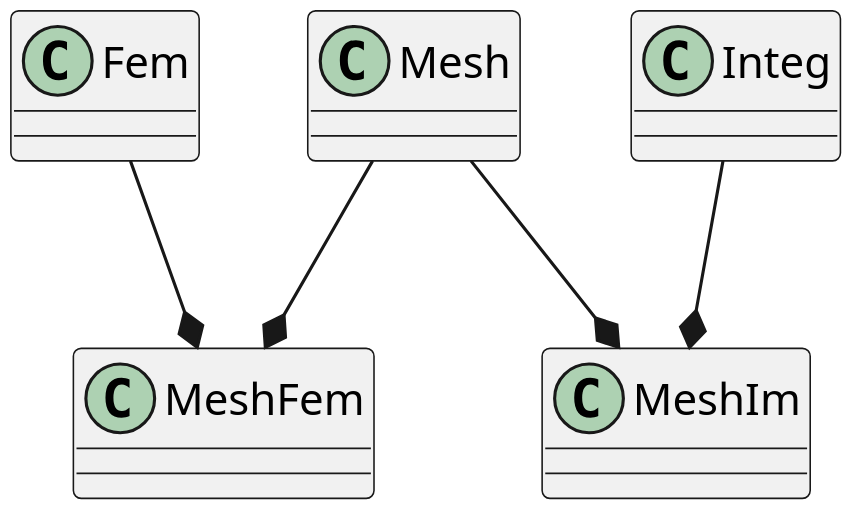
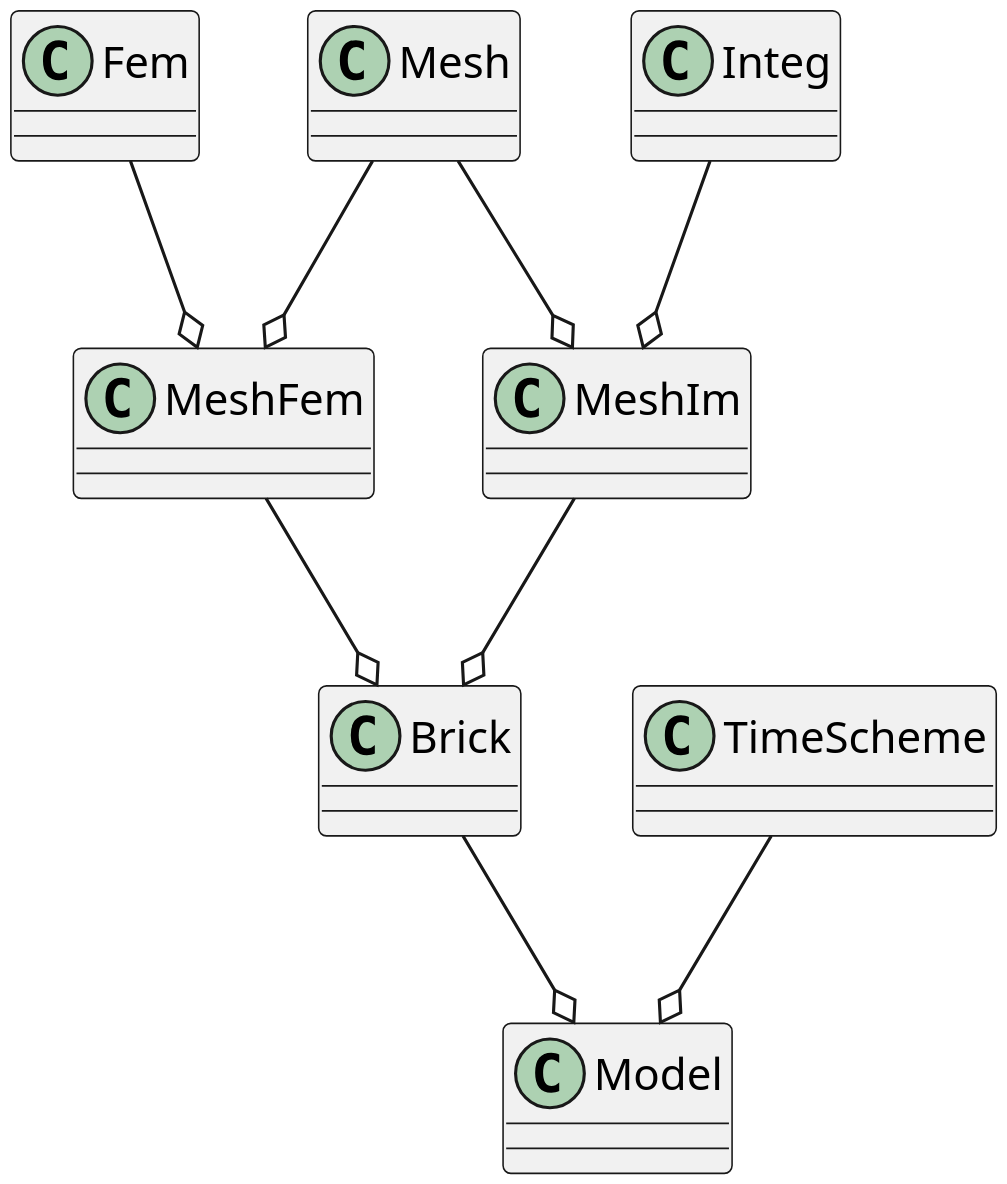
Before and after one commit to tkoyama010/OpenCAE-tkoyama010: the diagram in Model.puml, drawn with PlantUML.

```diff
--- a/Model.puml
+++ b/Model.puml
@@ -1,7 +1,11 @@
 @startuml{Model.png}
 skinparam dpi 300
-Mesh --* MeshFem
-Fem --* MeshFem
-Mesh --* MeshIm
-Integ --* MeshIm
+Mesh --o MeshFem
+Fem --o MeshFem
+Mesh --o MeshIm
+Integ --o MeshIm
+MeshFem --o Brick
+MeshIm --o Brick
+Brick --o Model
+TimeScheme --o Model
 @enduml
```
